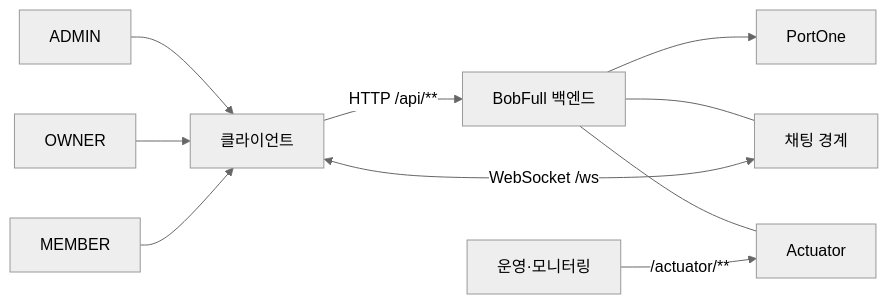
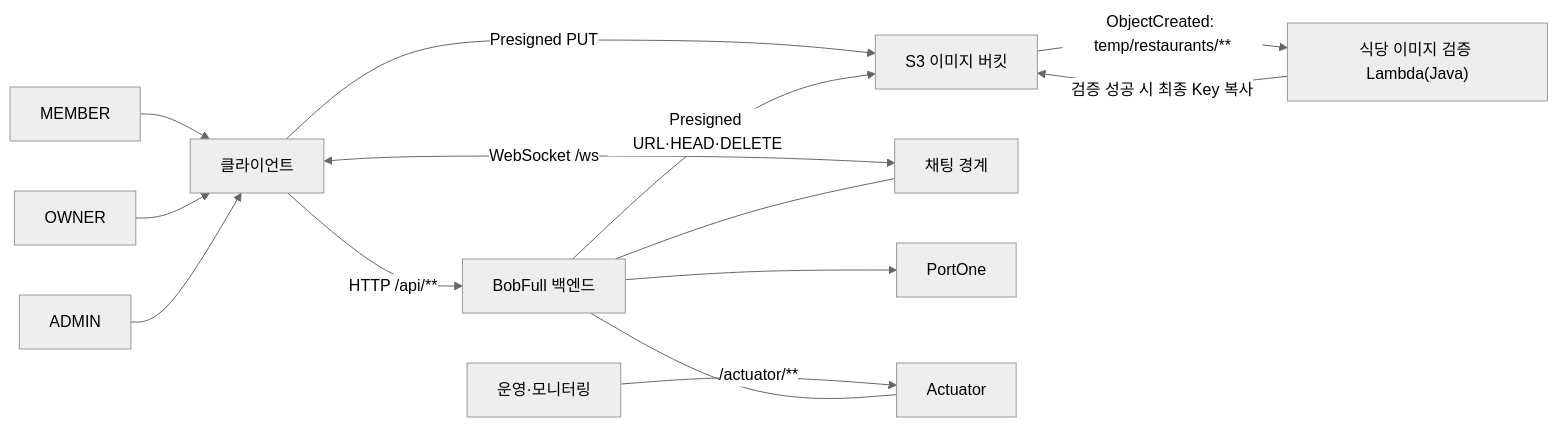
The first of 3 diagrams in docs/ARCHITECTURE.md (bobfull-project/bobfull-backend), drawn with Mermaid (neutral theme) before and after one commit. The commit also changed other lines of this file and 49 other files, not shown here.

````diff
--- a/docs/ARCHITECTURE.md
+++ b/docs/ARCHITECTURE.md
@@ -17,14 +17,18 @@
 ```mermaid
 flowchart LR
     member["MEMBER"] --> client["클라이언트"]
     owner["OWNER"] --> client
     admin["ADMIN"] --> client
 
     client -->|"HTTP /api/**"| api["BobFull 백엔드"]
+    client -->|"Presigned PUT"| s3["S3 이미지 버킷"]
     client <-->|"WebSocket /ws"| chat["채팅 경계"]
     api --> payment["PortOne"]
+    api -->|"Presigned URL·HEAD·DELETE"| s3
+    s3 -->|"ObjectCreated: temp/restaurants/**"| lambda["식당 이미지 검증 Lambda(Java)"]
+    lambda -->|"검증 성공 시 최종 Key 복사"| s3
     ops["운영·모니터링"] -->|"/actuator/**"| actuator["Actuator"]
 
     api --- chat
     api --- actuator
 ```
````
